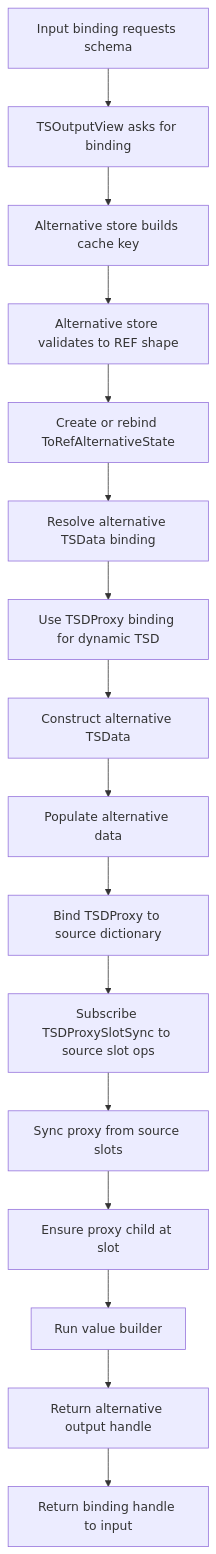
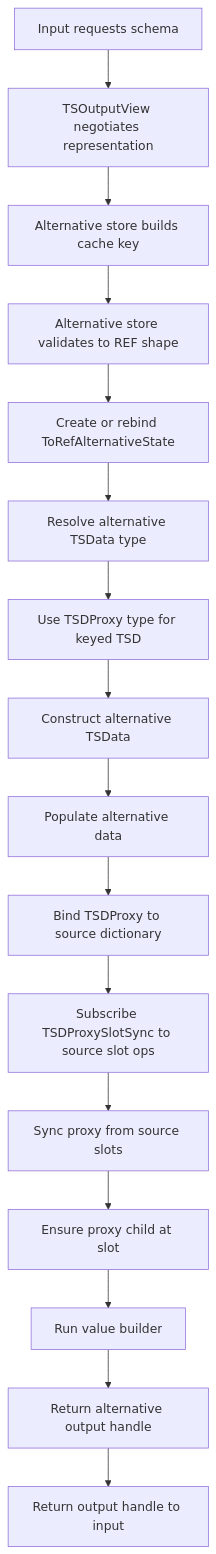
The first of 5 diagrams in docs/source/developer_guide/data_structures/plans_and_ops/proxy_state_management.rst (hhenson/hg_cpp), drawn with Mermaid before and after one commit. The commit also changed other lines of this file and 30 other files, not shown here.

First line of the commit message:
Milestone 4C is now implemented and independently reviewed with an ACCEPT verdict. It covers TSS/TSD/REF type records, keyed slot   lifecycles, proxy invalidation/resurrection, reference identity reconciliation, cache ownership, and layout guarantees.

```diff
--- a/docs/source/developer_guide/data_structures/plans_and_ops/proxy_state_management.rst
+++ b/docs/source/developer_guide/data_structures/plans_and_ops/proxy_state_management.rst
@@ -294,35 +301,35 @@
 .. mermaid::
 
    flowchart TD
-      A["Input binding requests schema"]
-      B["TSOutputView asks for binding"]
+      A["Input requests schema"]
+      B["TSOutputView negotiates representation"]
       C["Alternative store builds cache key"]
       D["Alternative store validates to REF shape"]
       E["Create or rebind ToRefAlternativeState"]
-      F["Resolve alternative TSData binding"]
-      G["Use TSDProxy binding for dynamic TSD"]
+      F["Resolve alternative TSData type"]
+      G["Use TSDProxy type for keyed TSD"]
       H["Construct alternative TSData"]
       I["Populate alternative data"]
       J["Bind TSDProxy to source dictionary"]
       K["Subscribe TSDProxySlotSync to source slot ops"]
       L["Sync proxy from source slots"]
       M["Ensure proxy child at slot"]
       N["Run value builder"]
       O["Return alternative output handle"]
-      P["Return binding handle to input"]
+      P["Return output handle to input"]
 
       A --> B
       B --> C
       C --> D
       D --> E
       E --> F
       F --> G
       G --> H
       H --> I
       I --> J
       J --> K
       K --> L
       L --> M
       M --> N
       N --> O
       O --> P
```
